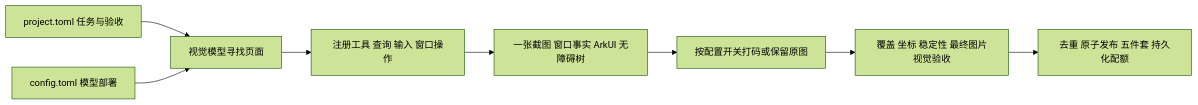
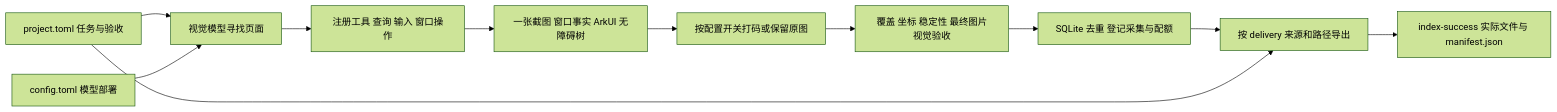
Before and after one commit to HoldThatThgt/Har-GUI: the first of 2 diagrams in README.md, drawn with Mermaid (forest theme). The commit also changed other lines of this file and 54 other files, not shown here.

````diff
--- a/README.md
+++ b/README.md
@@ -14,10 +16,13 @@
 ```mermaid
 flowchart LR
     Project[project.toml 任务与验收] --> Agent[视觉模型寻找页面]
     Model[config.toml 模型部署] --> Agent
     Agent --> Tools[注册工具 查询 输入 窗口操作]
     Tools --> Capture[一张截图 窗口事实 ArkUI 无障碍树]
     Capture --> Privacy[按配置开关打码或保留原图]
     Privacy --> Check[覆盖 坐标 稳定性 最终图片视觉验收]
-    Check --> Result[去重 原子发布 五件套 持久化配额]
+    Check --> Register[SQLite 去重 登记采集与配额]
+    Register --> Export[按 delivery 来源和路径导出]
+    Project --> Export
+    Export --> Result[index-success 实际文件与 manifest.json]
 ```
````
